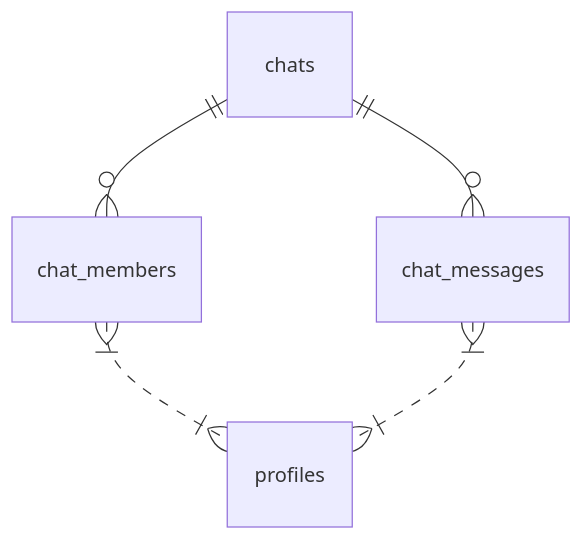
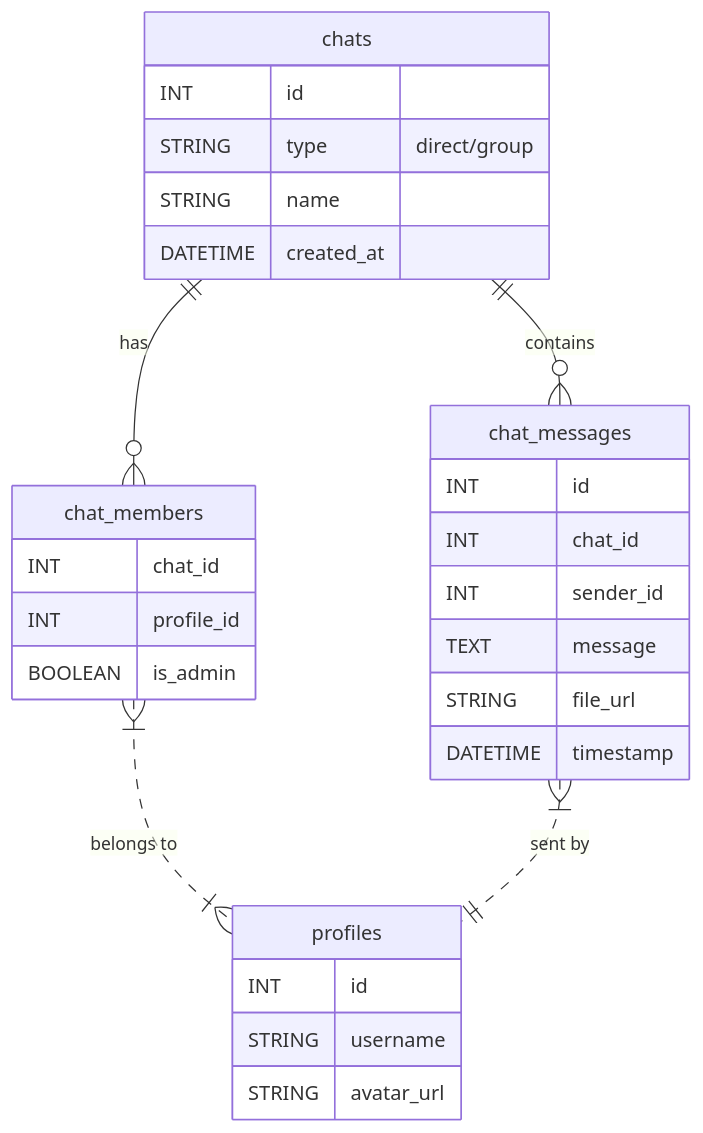
The third of 3 diagrams in modules_documentation/Chat.md (HackyCoder0951/focus-hub-design-899f45ae), drawn with Mermaid before and after one commit. The commit also changed other lines of this file and 6 other files, not shown here.

First line of the commit message:
Enhance API and Chat documentation with updated diagrams and database design

````diff
--- a/modules_documentation/Chat.md
+++ b/modules_documentation/Chat.md
@@ -32,7 +37,35 @@
 ```mermaid
 erDiagram
-  chats ||--o{ chat_members : ""
-  chats ||--o{ chat_messages : ""
-  chat_members }|..|{ profiles : ""
-  chat_messages }|..|{ profiles : ""
+  profiles {
+    INT id
+    STRING username
+    STRING avatar_url
+  }
+
+  chats {
+    INT id
+    STRING type "direct/group"
+    STRING name
+    DATETIME created_at
+  }
+
+  chat_members {
+    INT chat_id
+    INT profile_id
+    BOOLEAN is_admin
+  }
+
+  chat_messages {
+    INT id
+    INT chat_id
+    INT sender_id
+    TEXT message
+    STRING file_url
+    DATETIME timestamp
+  }
+
+  chats ||--o{ chat_members : "has"
+  chats ||--o{ chat_messages : "contains"
+  chat_members }|..|{ profiles : "belongs to"
+  chat_messages }|..|| profiles : "sent by"
 ```
````
